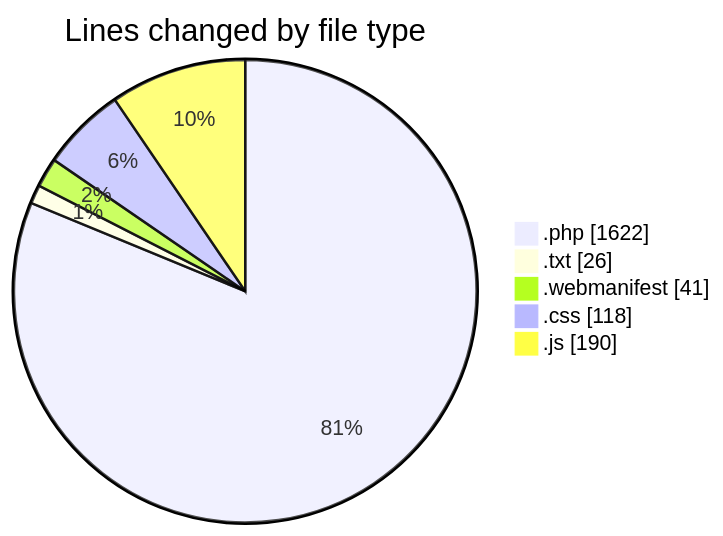
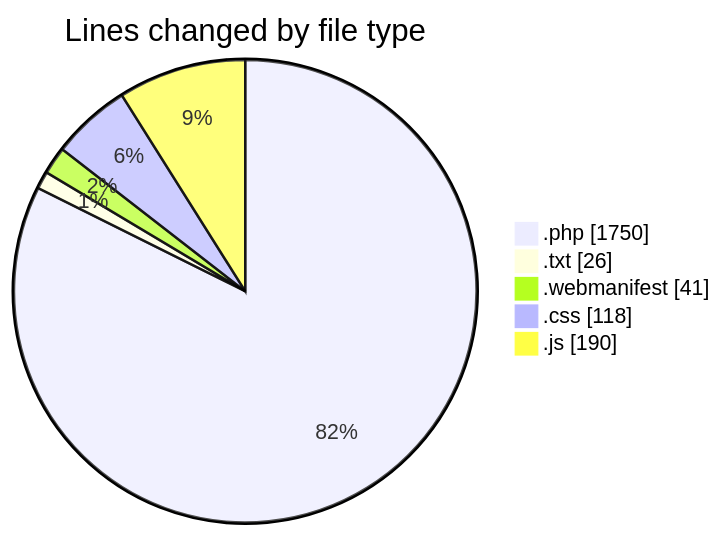
One commit to lephambinh05/code-tracking changed the first of 2 diagrams in 2025-08-20/quytuthien_vn/README.md. Above: the diagram before and after it, drawn with Mermaid. The commit also changed other lines of this file and 1 other file, not shown here.

````diff
--- a/2025-08-20/quytuthien_vn/README.md
+++ b/2025-08-20/quytuthien_vn/README.md
@@ -58,9 +62,9 @@
 ```mermaid
 pie showData
 title Lines changed by file type
-".php" : 1622
+".php" : 1750
 ".txt" : 26
 ".webmanifest" : 41
 ".css" : 118
 ".js" : 190
 ```
````
